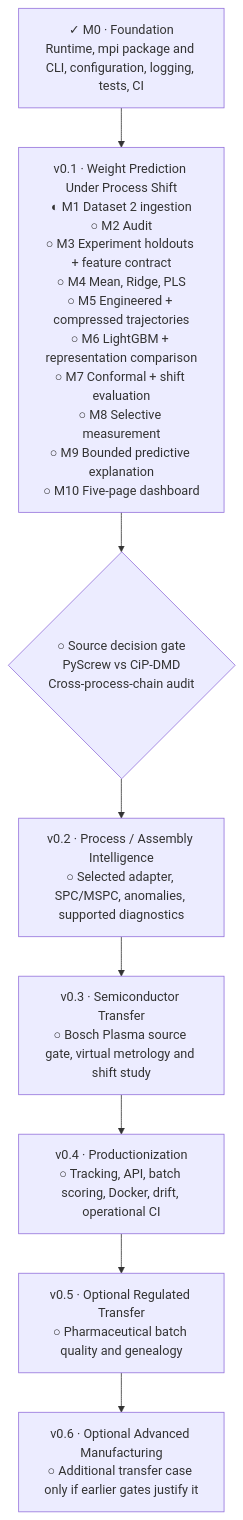
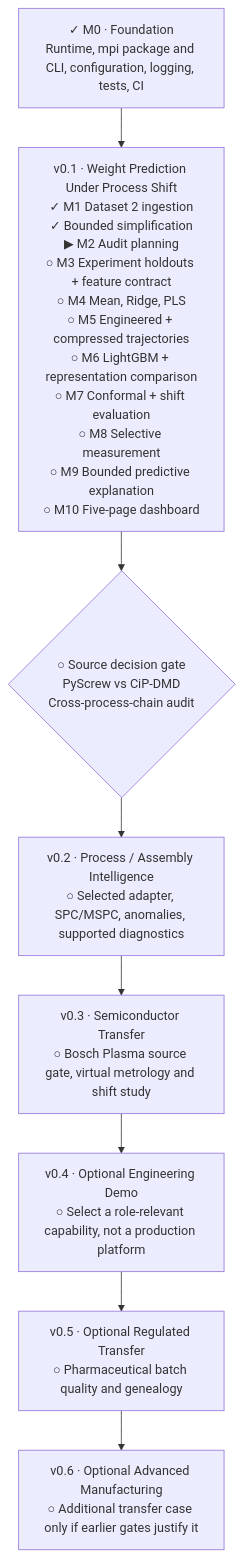
One commit to stevennitesh/manufacturing-process-intelligence changed the diagram in docs/implementation-roadmap.md. Above: the diagram before and after it, drawn with Mermaid. The commit also changed other lines of this file and 32 other files, not shown here.

````diff
--- a/docs/implementation-roadmap.md
+++ b/docs/implementation-roadmap.md
@@ -31,15 +36,15 @@
 ```mermaid
 flowchart TB
     F["✓ M0 · Foundation<br/>Runtime, mpi package and CLI, configuration, logging, tests, CI"]
 
-    MVP["v0.1 · Weight Prediction Under Process Shift<br/>◐ M1 Dataset 2 ingestion<br/>○ M2 Audit<br/>○ M3 Experiment holdouts + feature contract<br/>○ M4 Mean, Ridge, PLS<br/>○ M5 Engineered + compressed trajectories<br/>○ M6 LightGBM + representation comparison<br/>○ M7 Conformal + shift evaluation<br/>○ M8 Selective measurement<br/>○ M9 Bounded predictive explanation<br/>○ M10 Five-page dashboard"]
+    MVP["v0.1 · Weight Prediction Under Process Shift<br/>✓ M1 Dataset 2 ingestion<br/>✓ Bounded simplification<br/>▶ M2 Audit planning<br/>○ M3 Experiment holdouts + feature contract<br/>○ M4 Mean, Ridge, PLS<br/>○ M5 Engineered + compressed trajectories<br/>○ M6 LightGBM + representation comparison<br/>○ M7 Conformal + shift evaluation<br/>○ M8 Selective measurement<br/>○ M9 Bounded predictive explanation<br/>○ M10 Five-page dashboard"]
 
     AUDIT{"○ Source decision gate<br/>PyScrew vs CiP-DMD<br/>Cross-process-chain audit"}
     PI["v0.2 · Process / Assembly Intelligence<br/>○ Selected adapter, SPC/MSPC, anomalies, supported diagnostics"]
     SEMI["v0.3 · Semiconductor Transfer<br/>○ Bosch Plasma source gate, virtual metrology and shift study"]
-    PROD["v0.4 · Productionization<br/>○ Tracking, API, batch scoring, Docker, drift, operational CI"]
+    PROD["v0.4 · Optional Engineering Demo<br/>○ Select a role-relevant capability, not a production platform"]
     PHARMA["v0.5 · Optional Regulated Transfer<br/>○ Pharmaceutical batch quality and genealogy"]
     ADV["v0.6 · Optional Advanced Manufacturing<br/>○ Additional transfer case only if earlier gates justify it"]
 
     F --> MVP --> AUDIT --> PI --> SEMI --> PROD --> PHARMA --> ADV
 ```
````
